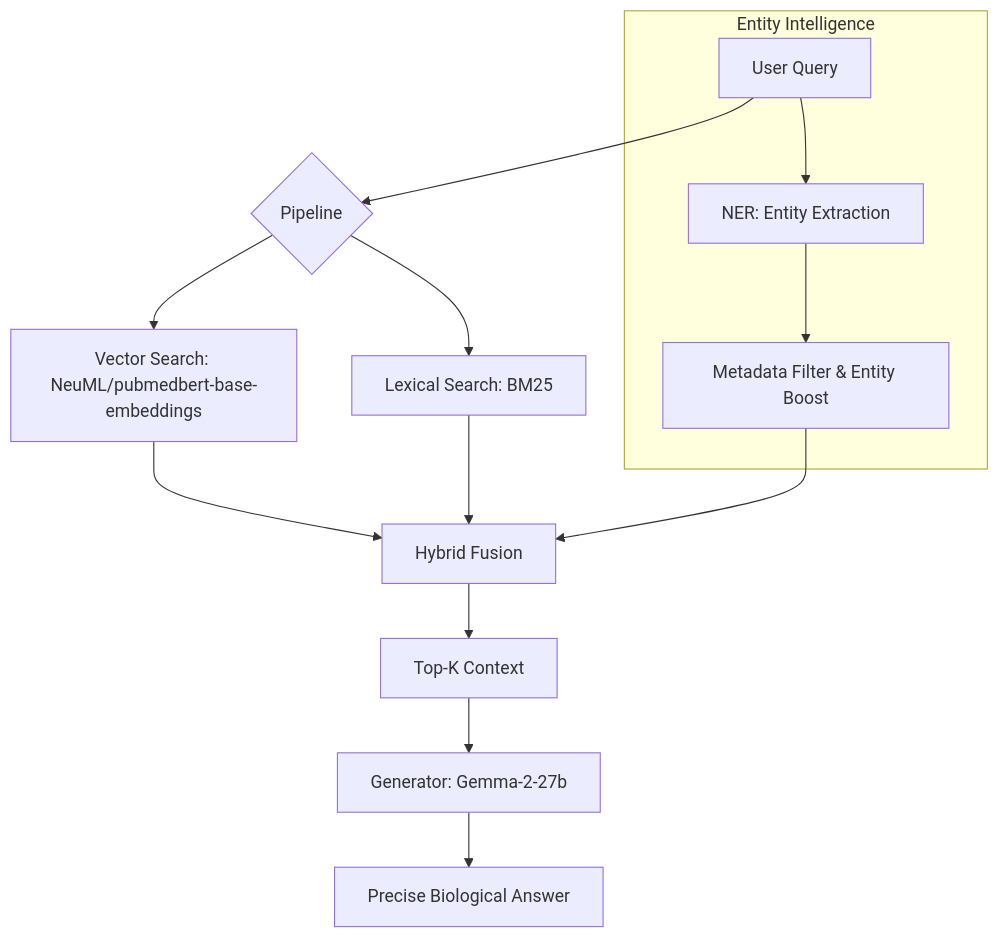
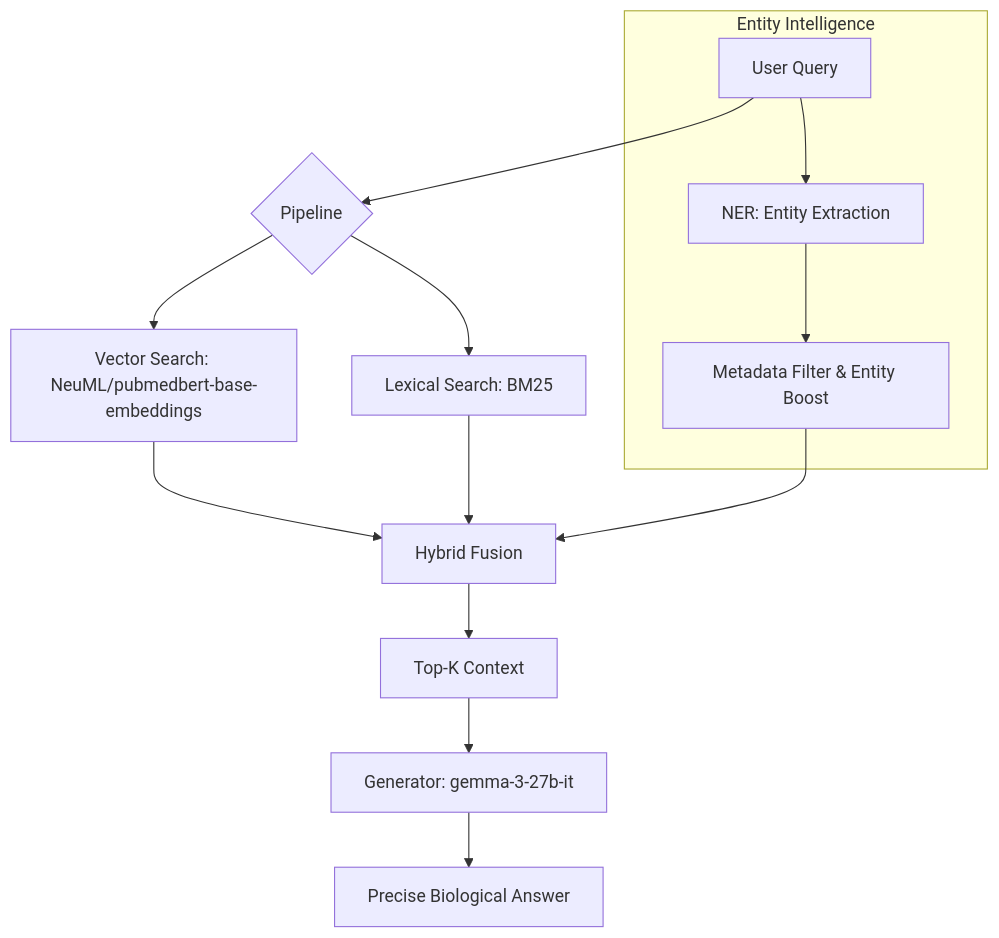
The diagram in README.md (effes3/alzheimerRAG), drawn with Mermaid before and after one commit. The commit also changed other lines of this file, not shown here.

````diff
--- a/README.md
+++ b/README.md
@@ -91,19 +91,19 @@
 ```mermaid
 graph TD
     A[User Query] --> B{Pipeline}
     B --> C[Vector Search: NeuML/pubmedbert-base-embeddings]
     B --> D[Lexical Search: BM25]
     
     subgraph Entity Intelligence
     A --> E[NER: Entity Extraction]
     E --> F[Metadata Filter & Entity Boost]
     end
     
     C --> G[Hybrid Fusion]
     D --> G
     F --> G
     
     G --> H[Top-K Context]
-    H --> I[Generator: Gemma-2-27b]
+    H --> I[Generator: gemma-3-27b-it]
     I --> J[Precise Biological Answer]
 ```
````
